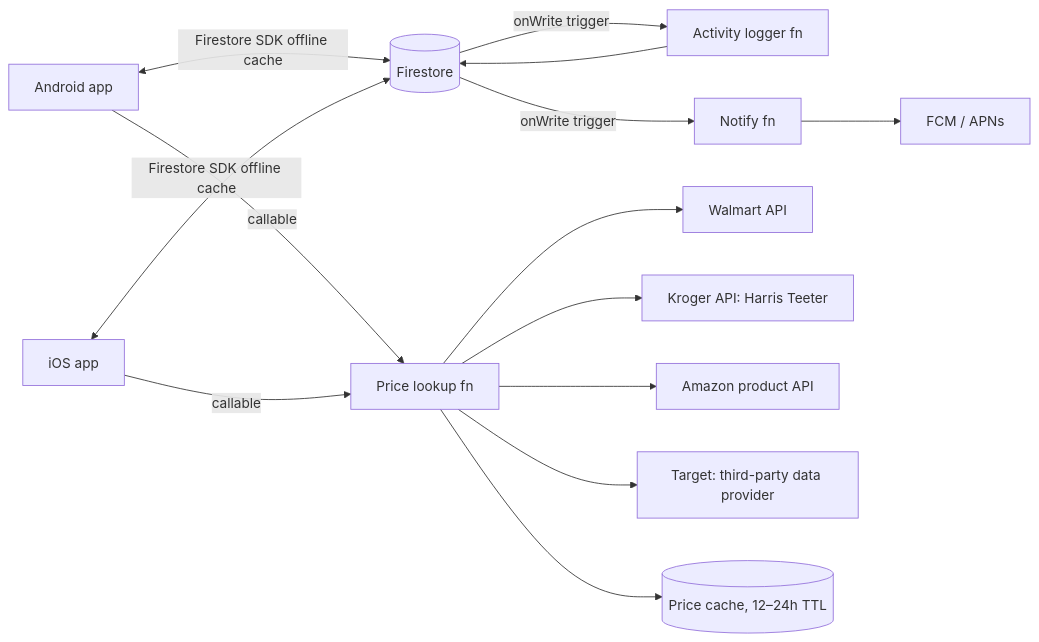
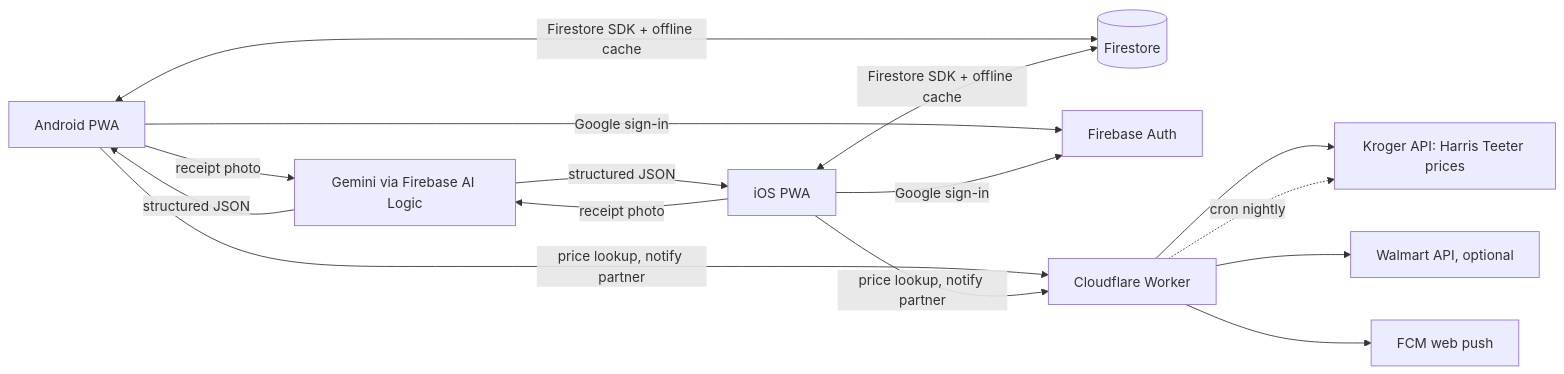
Before and after one commit to Jazz-H/GroceryApp: the diagram in docs/discovery-plan.md, drawn with Mermaid. The commit also changed other lines of this file and 2 other files, not shown here.

First line of the commit message:
Revise plan: free PWA + Firebase stack, Google sign-in, receipts and spending, store flows

````diff
--- a/docs/discovery-plan.md
+++ b/docs/discovery-plan.md
@@ -127,14 +150,13 @@
 ```mermaid
 flowchart LR
-  A[Android app] <-->|Firestore SDK offline cache| F[(Firestore)]
-  I[iOS app] <-->|Firestore SDK offline cache| F
-  F -- onWrite trigger --> L[Activity logger fn]
-  L --> F
-  F -- onWrite trigger --> N[Notify fn] --> P[FCM / APNs]
-  A & I -->|callable| PR[Price lookup fn]
-  PR --> W[Walmart API]
-  PR --> K[Kroger API: Harris Teeter]
-  PR --> AM[Amazon product API]
-  PR --> T[Target: third-party data provider]
-  PR --> C[(Price cache, 12–24h TTL)]
+  A[Android PWA] <-->|Firestore SDK + offline cache| F[(Firestore)]
+  I[iOS PWA] <-->|Firestore SDK + offline cache| F
+  A & I -->|Google sign-in| AU[Firebase Auth]
+  A & I -->|receipt photo| G[Gemini via Firebase AI Logic]
+  G -->|structured JSON| A & I
+  A & I -->|price lookup, notify partner| W[Cloudflare Worker]
+  W --> K[Kroger API: Harris Teeter prices]
+  W --> WM[Walmart API, optional]
+  W --> P[FCM web push]
+  W -.cron nightly.-> K
 ```
````
